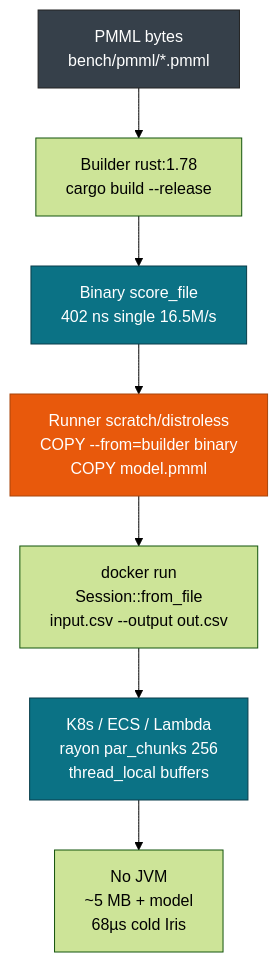
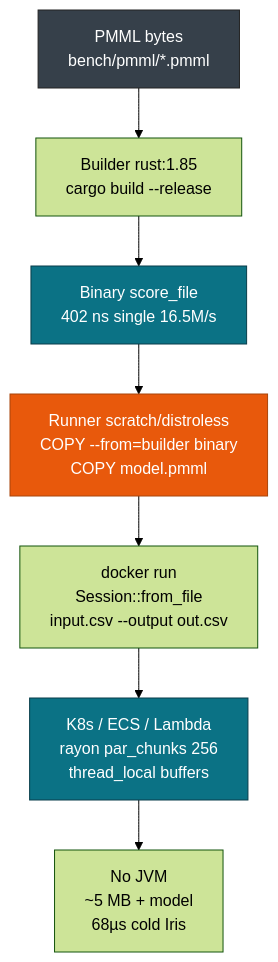
The diagram in docs/src/deployment/docker.md (pab1s/pmmlruntime), drawn with Mermaid (forest theme) before and after one commit. The commit also changed other lines of this file and 12 other files, not shown here.

````diff
--- a/docs/src/deployment/docker.md
+++ b/docs/src/deployment/docker.md
@@ -20,14 +20,14 @@
 ```mermaid
 flowchart TB
-    A["PMML bytes<br>bench/pmml/*.pmml"] --> B["Builder rust:1.78<br>cargo build --release"]
+    A["PMML bytes<br>bench/pmml/*.pmml"] --> B["Builder rust:1.85<br>cargo build --release"]
     B --> C["Binary score_file<br>402 ns single 16.5M/s"]
     C --> D["Runner scratch/distroless<br>COPY --from=builder binary<br>COPY model.pmml"]
     D --> E["docker run<br>Session::from_file<br>input.csv --output out.csv"]
     E --> F["K8s / ECS / Lambda<br>rayon par_chunks 256<br>thread_local buffers"]
     F --> G["No JVM<br>~5 MB + model<br>68µs cold Iris"]
 
     style A fill:#36404a,stroke:#222,color:#fff
     style C fill:#0b7285,stroke:#083d4a,color:#fff
     style D fill:#e8590c,stroke:#a8450a,color:#fff
     style F fill:#0b7285,stroke:#083d4a,color:#fff
 ```
````
